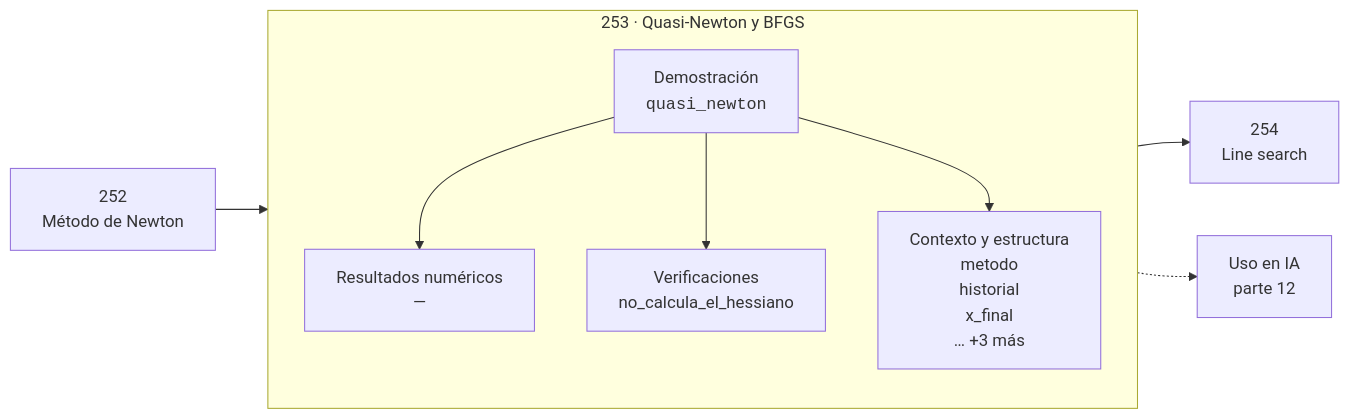
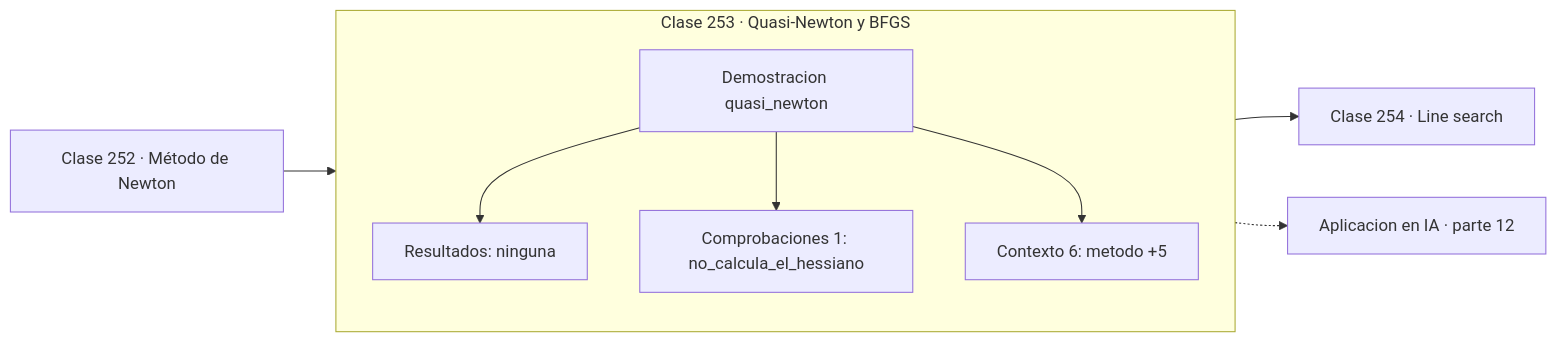
The diagram in classes/part-12-optimizacion-matematica-y-computacional/253-quasi-newton-y-bfgs/README.md (vladimiracunadev-create/computational-mathematics-program), drawn with Mermaid before and after one commit. The commit also changed 389 other files, not shown here.

First line of the commit message:
fix(diagramas): elimina el HTML de las etiquetas Mermaid

````diff
--- a/classes/part-12-optimizacion-matematica-y-computacional/253-quasi-newton-y-bfgs/README.md
+++ b/classes/part-12-optimizacion-matematica-y-computacional/253-quasi-newton-y-bfgs/README.md
@@ -30,12 +30,13 @@
 ```mermaid
 flowchart LR
-    P["252<br/>Método de Newton"] --> C
-    subgraph C["253 · Quasi-Newton y BFGS"]
+    P["Clase 252 · Método de Newton"] --> D
+    subgraph CLASE["Clase 253 · Quasi-Newton y BFGS"]
         direction TB
-        D["Demostración<br/><code>quasi_newton</code>"] --> R["Resultados numéricos<br/>—"]
-        D --> V["Verificaciones<br/>no_calcula_el_hessiano"]
-        D --> O["Contexto y estructura<br/>metodo<br/>historial<br/>x_final<br/>… +3 más"]
+        D["Demostracion quasi_newton"]
+        D --> R["Resultados: ninguna"]
+        D --> V["Comprobaciones 1: no_calcula_el_hessiano"]
+        D --> O["Contexto 6: metodo +5"]
     end
-    C --> N["254<br/>Line search"]
-    C -.-> IA["Uso en IA<br/>parte 12"]
+    R --> N["Clase 254 · Line search"]
+    V -.-> IA["Aplicacion en IA · parte 12"]
 ```
````
